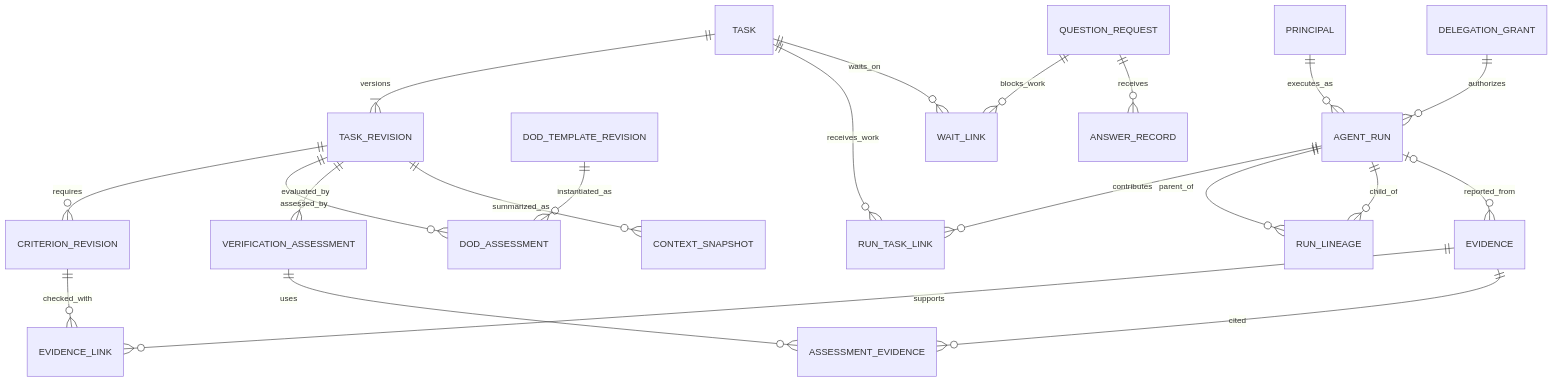
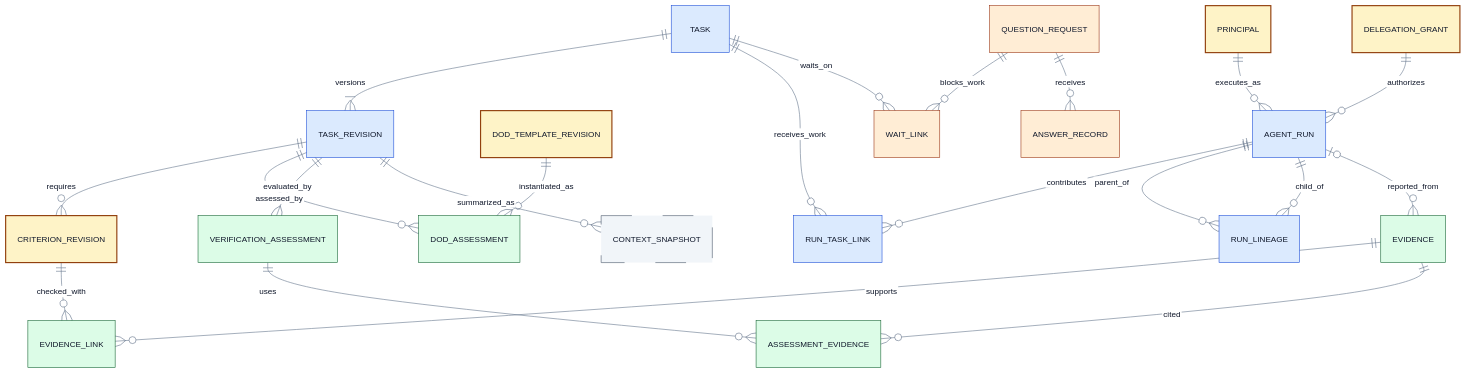
Before and after one commit to alphanAkbulut/decivora: the second of 3 diagrams in docs/architecture/data-relationships.md, drawn with Mermaid. The commit also changed other lines of this file and 21 other files, not shown here.

Commit message:
Refresh all Mermaid diagrams, clarify decision states and document rendering evidence

````diff
--- a/docs/architecture/data-relationships.md
+++ b/docs/architecture/data-relationships.md
@@ -36,23 +48,36 @@
 ```mermaid
+%%{init: {"theme":"base","themeVariables":{"fontFamily":"Arial, sans-serif","fontSize":"14px","primaryColor":"#eff6ff","primaryTextColor":"#0f172a","primaryBorderColor":"#1d4ed8","lineColor":"#64748b","secondaryColor":"#ccfbf1","tertiaryColor":"#f1f5f9","background":"#ffffff","mainBkg":"#eff6ff","textColor":"#0f172a","clusterBkg":"#f8fafc","clusterBorder":"#94a3b8","edgeLabelBackground":"#ffffff","actorBkg":"#eff6ff","actorTextColor":"#0f172a","actorBorder":"#1d4ed8","signalColor":"#64748b","signalTextColor":"#0f172a","noteBkgColor":"#fef3c7","noteTextColor":"#0f172a","noteBorderColor":"#92400e"},"flowchart":{"htmlLabels":false,"curve":"linear"},"sequence":{"wrap":true},"themeCSS":"background-color:#ffffff;"}}%%
 erDiagram
+    accTitle: ER-02 Task, run ve kabul kanıtı
+    accDescr: Önerilen tasarım veya açıkça belirtilen sentetik örnek. Renkler alan ve kontrol türünü gösterir; implemented veya passed kanıtı değildir. Yetki, revision ve coverage sınırları korunur.
     TASK ||--|{ TASK_REVISION : versions
     TASK_REVISION ||--o{ CRITERION_REVISION : requires
     DOD_TEMPLATE_REVISION ||--o{ DOD_ASSESSMENT : instantiated_as
     TASK_REVISION ||--o{ DOD_ASSESSMENT : assessed_by
     PRINCIPAL ||--o{ AGENT_RUN : executes_as
     DELEGATION_GRANT ||--o{ AGENT_RUN : authorizes
     AGENT_RUN ||--o{ RUN_TASK_LINK : contributes
     TASK ||--o{ RUN_TASK_LINK : receives_work
     AGENT_RUN ||--o{ RUN_LINEAGE : parent_of
     AGENT_RUN ||--o{ RUN_LINEAGE : child_of
     AGENT_RUN o|--o{ EVIDENCE : reported_from
     EVIDENCE ||--o{ EVIDENCE_LINK : supports
     CRITERION_REVISION ||--o{ EVIDENCE_LINK : checked_with
     TASK_REVISION ||--o{ VERIFICATION_ASSESSMENT : evaluated_by
     VERIFICATION_ASSESSMENT ||--o{ ASSESSMENT_EVIDENCE : uses
     EVIDENCE ||--o{ ASSESSMENT_EVIDENCE : cited
     TASK ||--o{ WAIT_LINK : waits_on
     QUESTION_REQUEST ||--o{ WAIT_LINK : blocks_work
     QUESTION_REQUEST ||--o{ ANSWER_RECORD : receives
     TASK_REVISION ||--o{ CONTEXT_SNAPSHOT : summarized_as
+    classDef process fill:#dbeafe,stroke:#1d4ed8,color:#0f172a
+    classDef gate fill:#fef3c7,stroke:#92400e,color:#0f172a,stroke-width:2px
+    classDef evidence fill:#dcfce7,stroke:#166534,color:#0f172a
+    classDef warning fill:#ffedd5,stroke:#9a3412,color:#0f172a
+    classDef history fill:#f1f5f9,stroke:#475569,color:#0f172a,stroke-dasharray:5 3
+    class TASK,TASK_REVISION,AGENT_RUN,RUN_TASK_LINK,RUN_LINEAGE process
+    class PRINCIPAL,DELEGATION_GRANT,CRITERION_REVISION,DOD_TEMPLATE_REVISION gate
+    class EVIDENCE,EVIDENCE_LINK,VERIFICATION_ASSESSMENT,ASSESSMENT_EVIDENCE,DOD_ASSESSMENT evidence
+    class QUESTION_REQUEST,ANSWER_RECORD,WAIT_LINK warning
+    class CONTEXT_SNAPSHOT history
 ```
````
